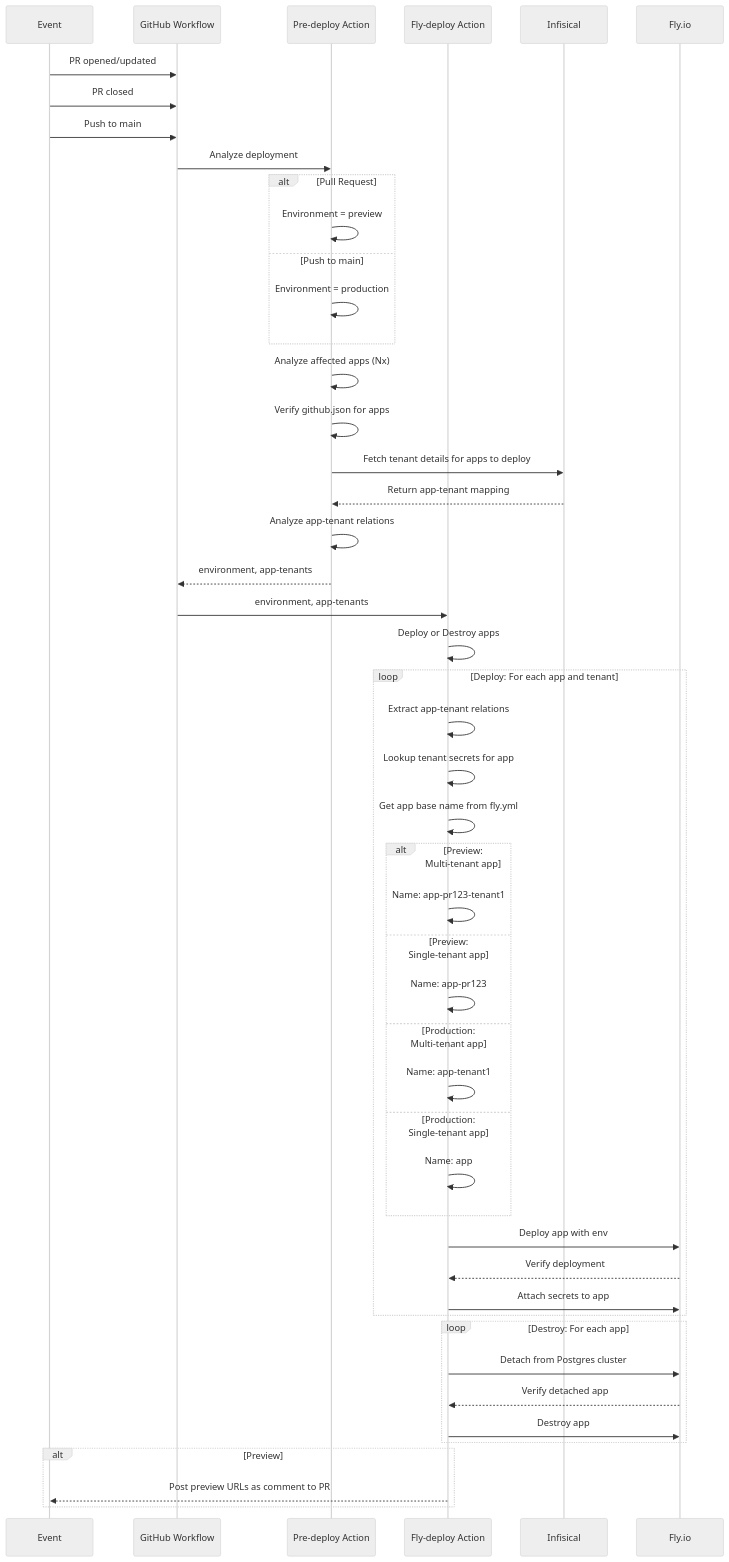
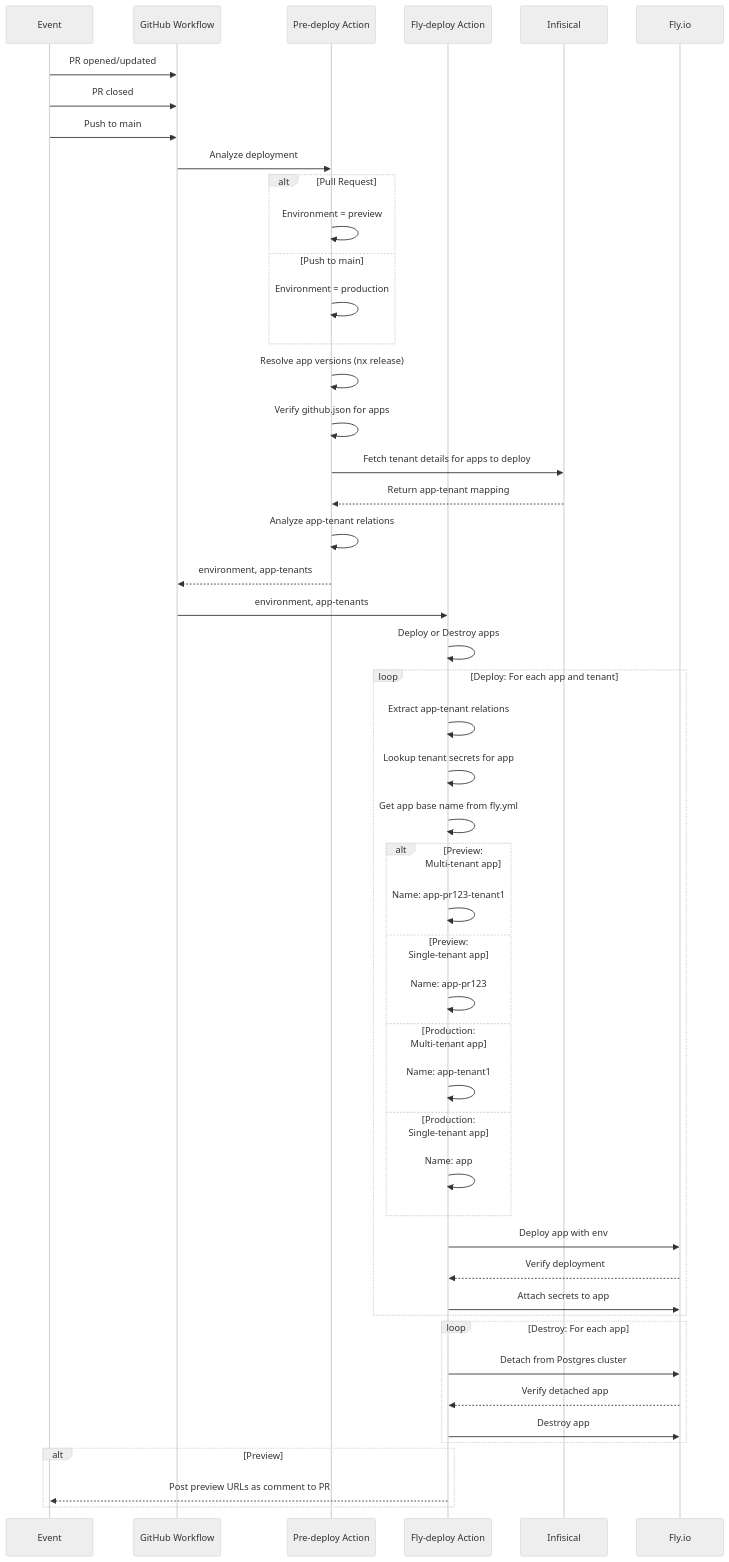
The diagram in docs/DEPLOYMENT.md (codeware-sthlm/codeware), drawn with Mermaid (neutral theme) before and after one commit. The commit also changed other lines of this file, not shown here.

Commit message:
docs(repo): document release-driven deployment

````diff
--- a/docs/DEPLOYMENT.md
+++ b/docs/DEPLOYMENT.md
@@ -532,57 +603,57 @@
 ```mermaid
 sequenceDiagram
     participant Evt as Event
     participant GH as GitHub Workflow
     participant Pre as Pre-deploy Action
     participant Dep as Fly-deploy Action
     participant Inf as Infisical
     participant Fly as Fly.io
 
     Evt->>GH: PR opened/updated
     Evt->>GH: PR closed
     Evt->>GH: Push to main
     GH->>Pre: Analyze deployment
     alt Pull Request
       Pre->>Pre: Environment = preview
     else Push to main
       Pre->>Pre:Environment = production
     end
 
-    Pre->>Pre: Analyze affected apps (Nx)
+    Pre->>Pre: Resolve app versions (nx release)
     Pre->>Pre: Verify github.json for apps
     Pre->>Inf: Fetch tenant details for apps to deploy
     Inf-->>Pre: Return app-tenant mapping
     Pre->>Pre: Analyze app-tenant relations
     Pre-->>GH: environment, app-tenants
 
     GH->>Dep: environment, app-tenants
     Dep->>Dep: Deploy or Destroy apps
 
     loop Deploy: For each app and tenant
       Dep->>Dep: Extract app-tenant relations
       Dep->>Dep: Lookup tenant secrets for app
       Dep->>Dep: Get app base name from fly.yml
       alt Preview: Multi-tenant app
         Dep->>Dep: Name: app-pr123-tenant1
       else Preview: Single-tenant app
         Dep->>Dep: Name: app-pr123
       else Production: Multi-tenant app
         Dep->>Dep: Name: app-tenant1
       else Production: Single-tenant app
         Dep->>Dep: Name: app
       end
           Dep->>Fly: Deploy app with env
           Fly-->>Dep: Verify deployment
           Dep->>Fly: Attach secrets to app
     end
 
     loop Destroy: For each app
       Dep->>Fly: Detach from Postgres cluster
       Fly-->>Dep: Verify detached app
       Dep->>Fly: Destroy app
     end
 
     alt Preview
       Dep-->>Evt: Post preview URLs as comment to PR
     end
 ```
````
